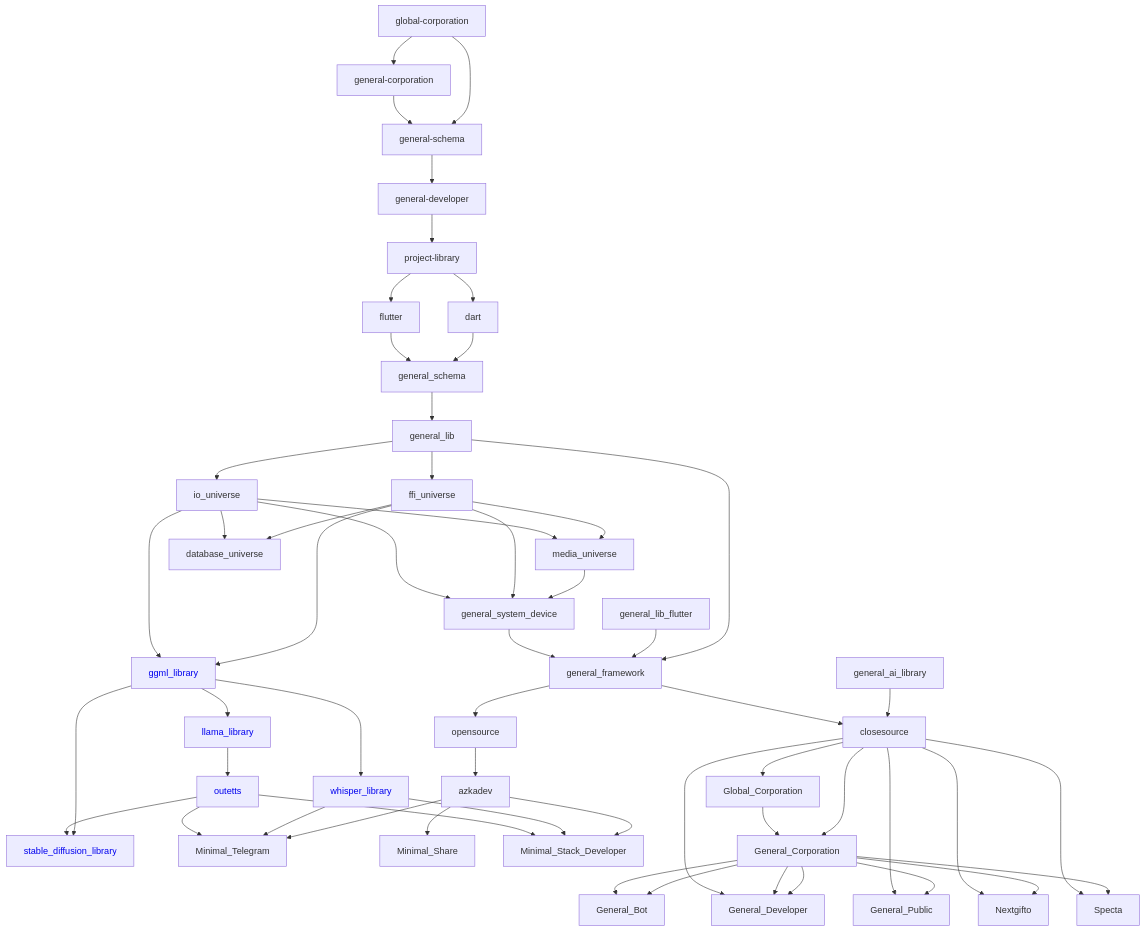
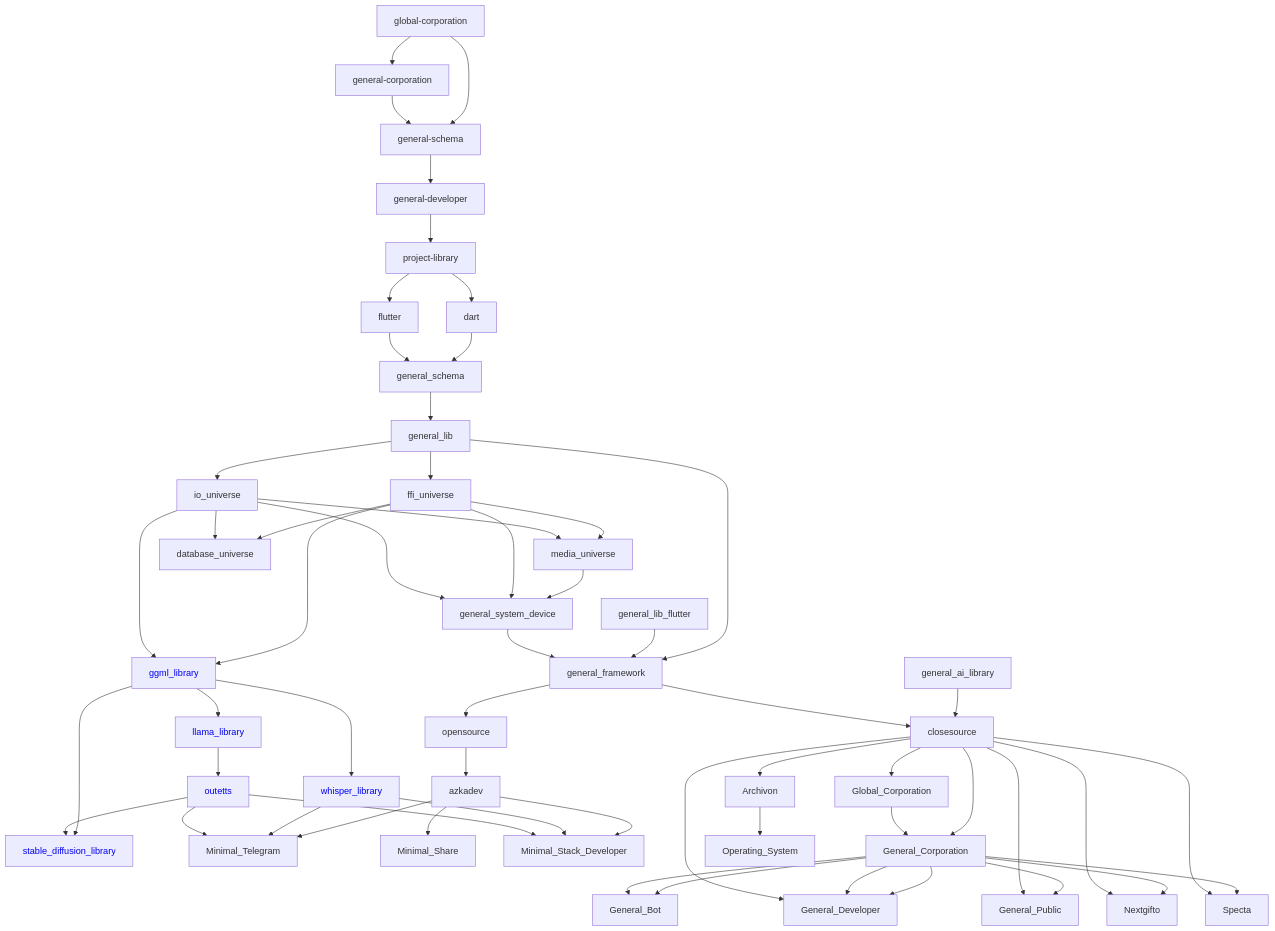
Before and after one commit to General-Developer/.github: the diagram in profile/README.md, drawn with Mermaid.

```diff
--- a/profile/README.md
+++ b/profile/README.md
@@ -64,6 +64,12 @@
 closesource --> General_Corporation
 General_Corporation --> General_Bot
 closesource --> Global_Corporation
+closesource --> Archivon
+
+Archivon --> Operating_System
+
+
+
 Global_Corporation --> General_Corporation
 General_Corporation --> General_Developer
 General_Corporation --> General_Bot
```
